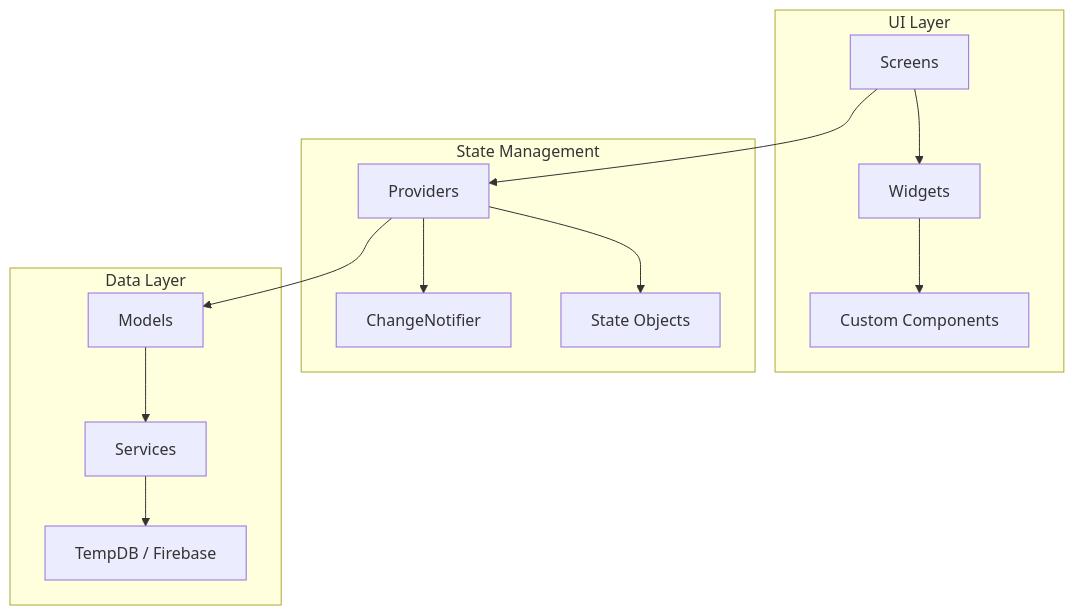
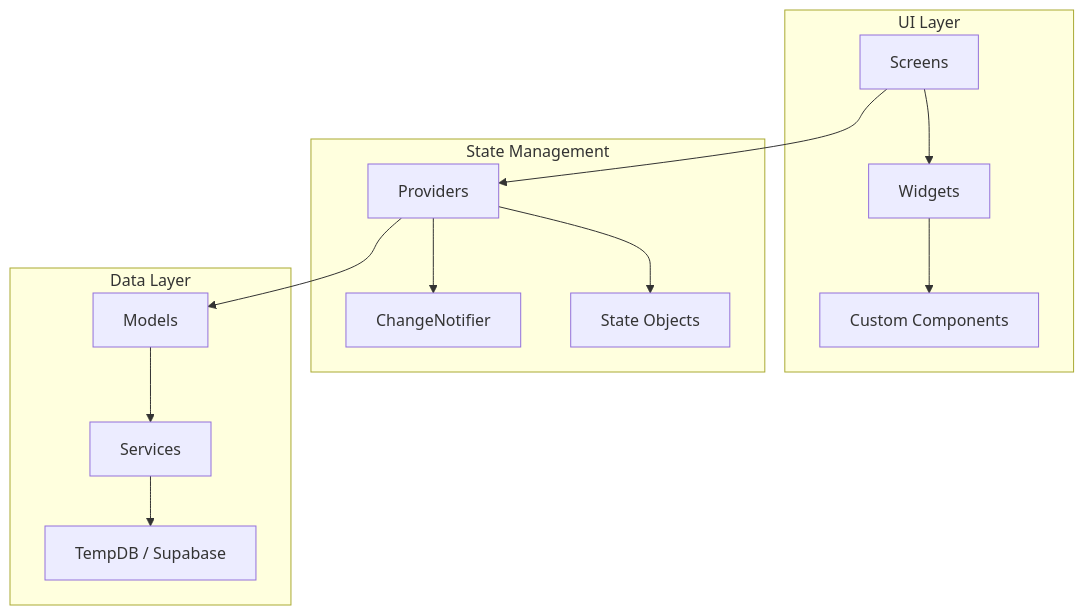
One commit to ReemNeama/eventati_book changed the first of 8 diagrams in docs/mermaid_diagrams/app_architecture.md. Above: the diagram before and after it, drawn with Mermaid. The commit also changed other lines of this file and 97 other files, not shown here.

````diff
--- a/docs/mermaid_diagrams/app_architecture.md
+++ b/docs/mermaid_diagrams/app_architecture.md
@@ -7,20 +7,20 @@
 ```mermaid
 graph TD
     subgraph "UI Layer"
         A[Screens] --> B[Widgets]
         B --> C[Custom Components]
     end
-    
+
     subgraph "State Management"
         D[Providers] --> E[ChangeNotifier]
         D --> F[State Objects]
     end
-    
+
     subgraph "Data Layer"
         G[Models] --> H[Services]
-        H --> I[TempDB / Firebase]
+        H --> I[TempDB / Supabase]
     end
-    
+
     A --> D
     D --> G
 ```
````
